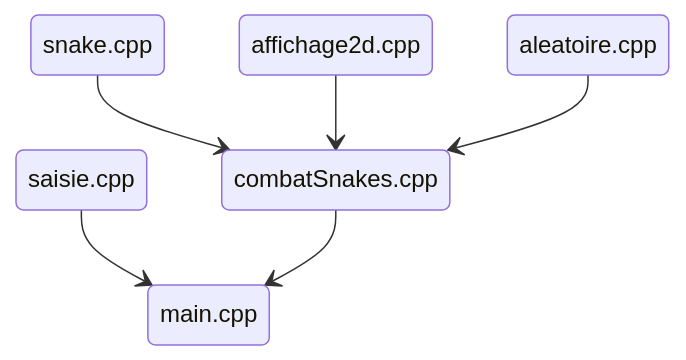
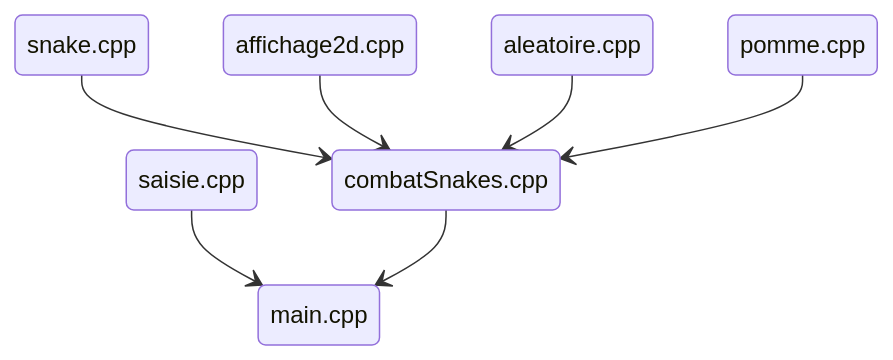
The diagram in README.md (Balkghar/08_Snake), drawn with Mermaid before and after one commit. The commit also changed other lines of this file, not shown here.

````diff
--- a/README.md
+++ b/README.md
@@ -32,8 +32,9 @@
  ```mermaid
  stateDiagram
      saisie.cpp --> main.cpp
      combatSnakes.cpp --> main.cpp
      snake.cpp --> combatSnakes.cpp
      affichage2d.cpp --> combatSnakes.cpp
      aleatoire.cpp --> combatSnakes.cpp
+     pomme.cpp --> combatSnakes.cpp
  ```
````
